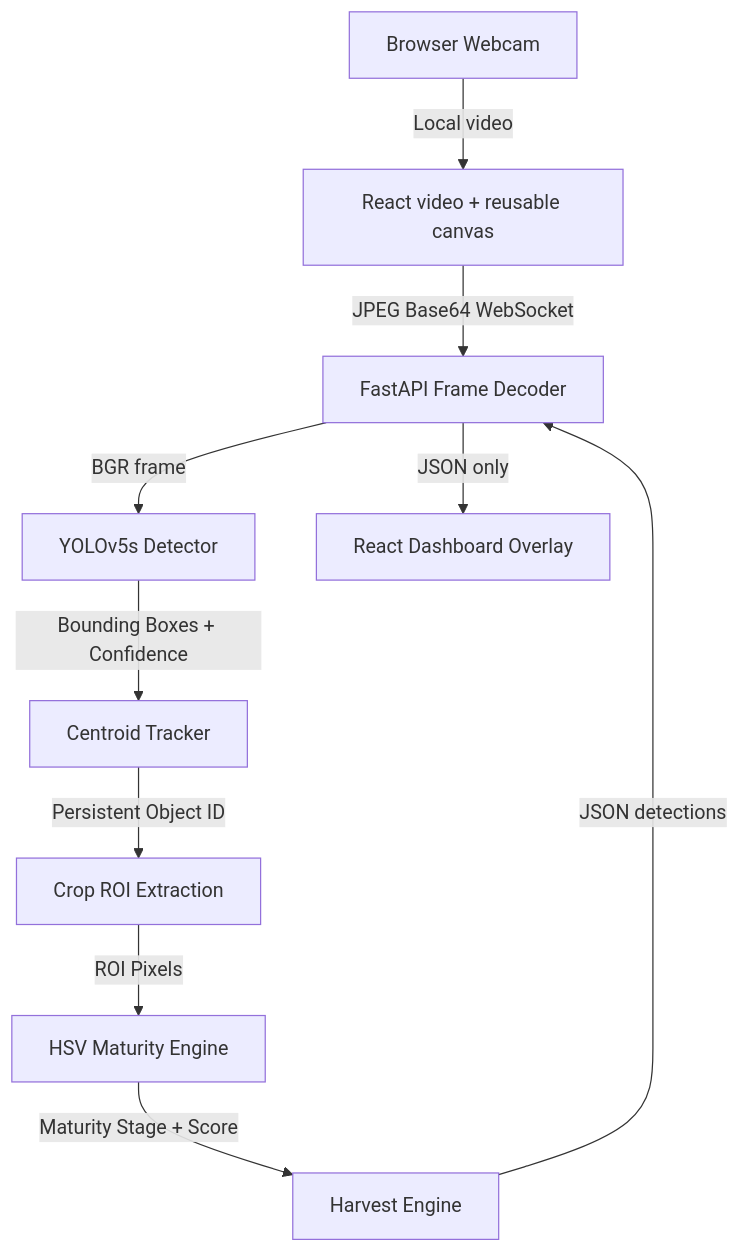
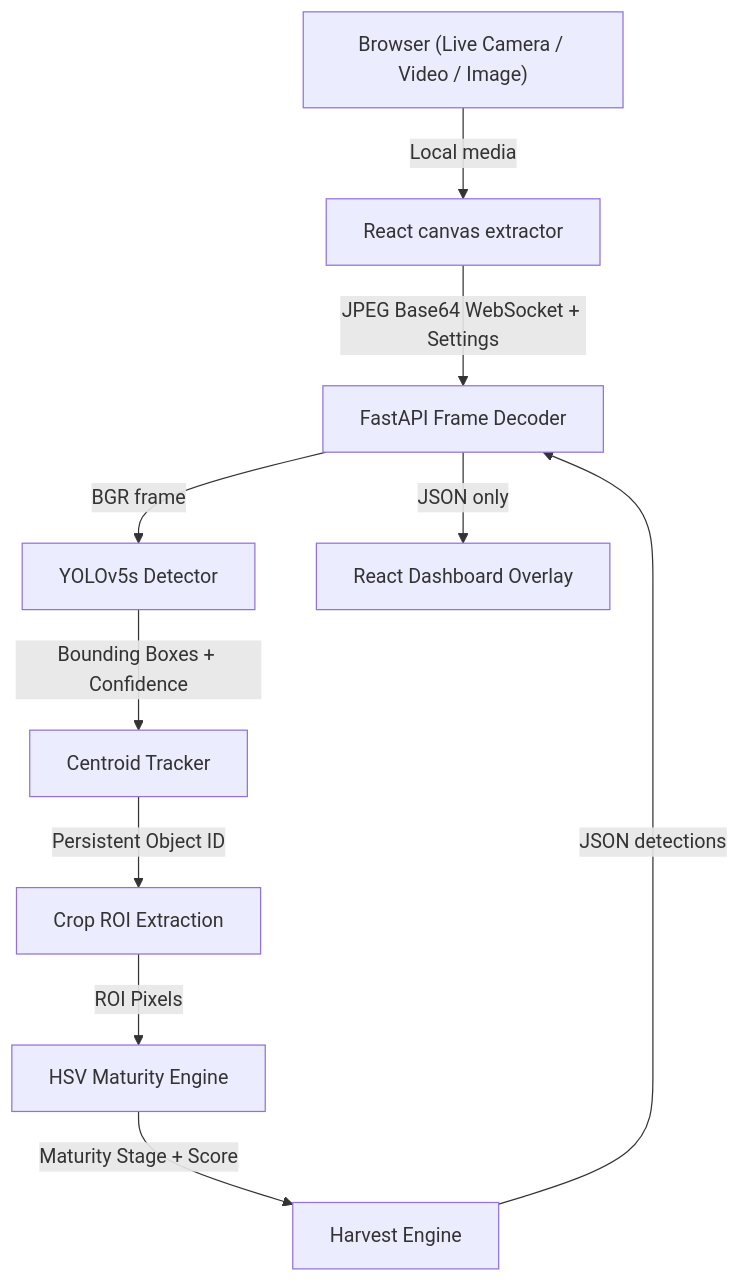
Before and after one commit to malikfidahussain-coder/AI_Crop_Maturity: the diagram in README.md, drawn with Mermaid. The commit also changed other lines of this file, not shown here.

````diff
--- a/README.md
+++ b/README.md
@@ -38,13 +38,13 @@
 ```mermaid
 graph TD
 
-    A[Browser Webcam] -->|Local video| B[React video + reusable canvas]
-    B -->|JPEG Base64 WebSocket| C[FastAPI Frame Decoder]
+    A["Browser (Live Camera / Video / Image)"] -->|Local media| B[React canvas extractor]
+    B -->|JPEG Base64 WebSocket + Settings| C[FastAPI Frame Decoder]
     C -->|BGR frame| D[YOLOv5s Detector]
     D -->|Bounding Boxes + Confidence| E[Centroid Tracker]
     E -->|Persistent Object ID| F[Crop ROI Extraction]
     F -->|ROI Pixels| G[HSV Maturity Engine]
     G -->|Maturity Stage + Score| H[Harvest Engine]
     H -->|JSON detections| C
     C -->|JSON only| I[React Dashboard Overlay]
 ```
````
